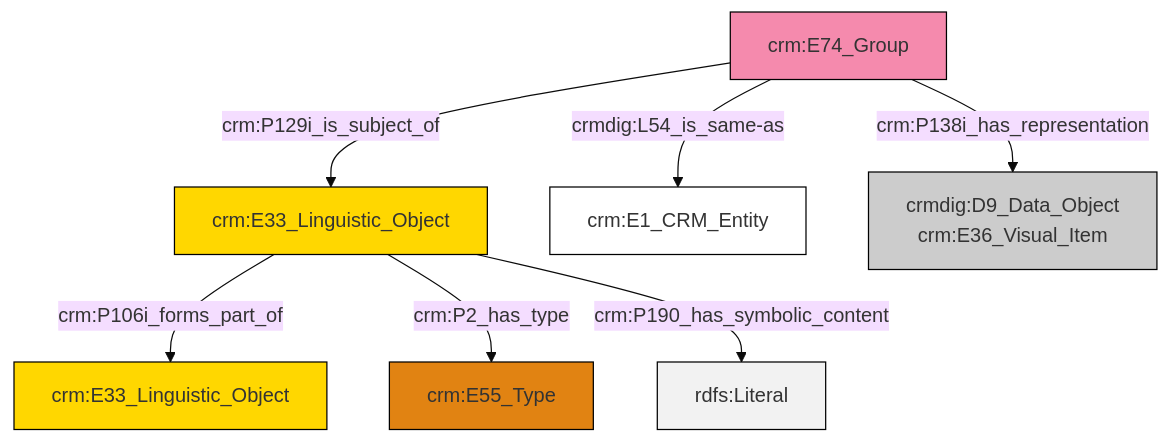
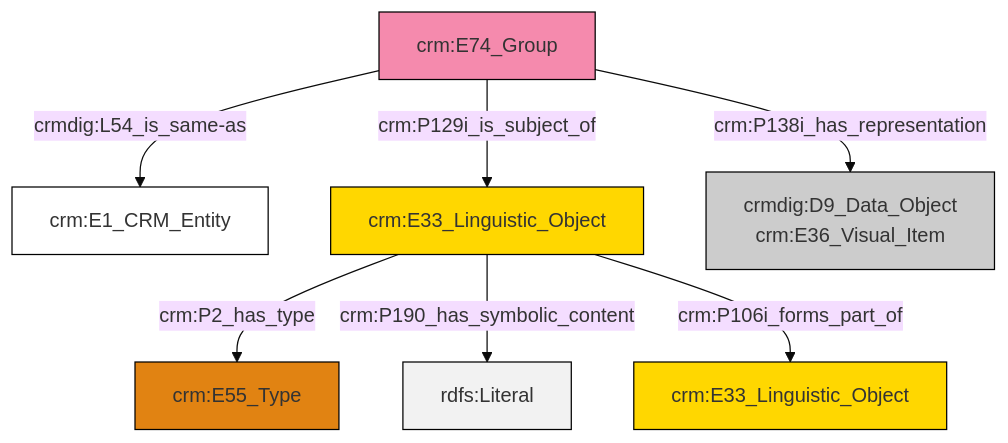
One commit to swiss-art-research-net/reference-data-models changed the diagram in et/groupCSV/ttl/mmd/group_documentation.ttl.mmd. Above: the diagram before and after it, drawn with Mermaid (base theme). The commit also changed 124 other files, not shown here.

```diff
--- a/et/groupCSV/ttl/mmd/group_documentation.ttl.mmd
+++ b/et/groupCSV/ttl/mmd/group_documentation.ttl.mmd
@@ -1,21 +1,21 @@
 graph TD
 classDef Literal fill:#f2f2f2,stroke:#000000;
 classDef CRM_Entity fill:#FFFFFF,stroke:#000000;
 classDef Temporal_Entity fill:#00C9E6, stroke:#000000;
 classDef Type fill:#E18312, stroke:#000000;
 classDef Time-Span fill:#2C9C91, stroke:#000000;
 classDef Appellation fill:#FFEB7F, stroke:#000000;
 classDef Place fill:#008836, stroke:#000000;
 classDef Persistent_Item fill:#B266B2, stroke:#000000;
 classDef Conceptual_Object fill:#FFD700, stroke:#000000;
 classDef Physical_Thing fill:#D2B48C, stroke:#000000;
 classDef Actor fill:#f58aad, stroke:#000000;
 classDef PC_Classes fill:#4ce600, stroke:#000000;
 classDef Multi fill:#cccccc,stroke:#000000;
 
-8["crm:E74_Group"]:::Actor -->|crm:P138i_has_representation| 9["crmdig:D9_Data_Object<br>crm:E36_Visual_Item"]:::Multi
-8["crm:E74_Group"]:::Actor -->|crm:P129i_is_subject_of| 0["crm:E33_Linguistic_Object"]:::Conceptual_Object
-0["crm:E33_Linguistic_Object"]:::Conceptual_Object -->|crm:P106i_forms_part_of| 6["crm:E33_Linguistic_Object"]:::Conceptual_Object
-0["crm:E33_Linguistic_Object"]:::Conceptual_Object -->|crm:P2_has_type| 4["crm:E55_Type"]:::Type
-0["crm:E33_Linguistic_Object"]:::Conceptual_Object -->|crm:P190_has_symbolic_content| 11[rdfs:Literal]:::Literal
-8["crm:E74_Group"]:::Actor -->|crmdig:L54_is_same-as| 2["crm:E1_CRM_Entity"]:::CRM_Entity
+2["crm:E33_Linguistic_Object"]:::Conceptual_Object -->|crm:P2_has_type| 3["crm:E55_Type"]:::Type
+5["crm:E74_Group"]:::Actor -->|crm:P138i_has_representation| 6["crmdig:D9_Data_Object<br>crm:E36_Visual_Item"]:::Multi
+2["crm:E33_Linguistic_Object"]:::Conceptual_Object -->|crm:P190_has_symbolic_content| 8[rdfs:Literal]:::Literal
+2["crm:E33_Linguistic_Object"]:::Conceptual_Object -->|crm:P106i_forms_part_of| 9["crm:E33_Linguistic_Object"]:::Conceptual_Object
+5["crm:E74_Group"]:::Actor -->|crmdig:L54_is_same-as| 0["crm:E1_CRM_Entity"]:::CRM_Entity
+5["crm:E74_Group"]:::Actor -->|crm:P129i_is_subject_of| 2["crm:E33_Linguistic_Object"]:::Conceptual_Object
```
